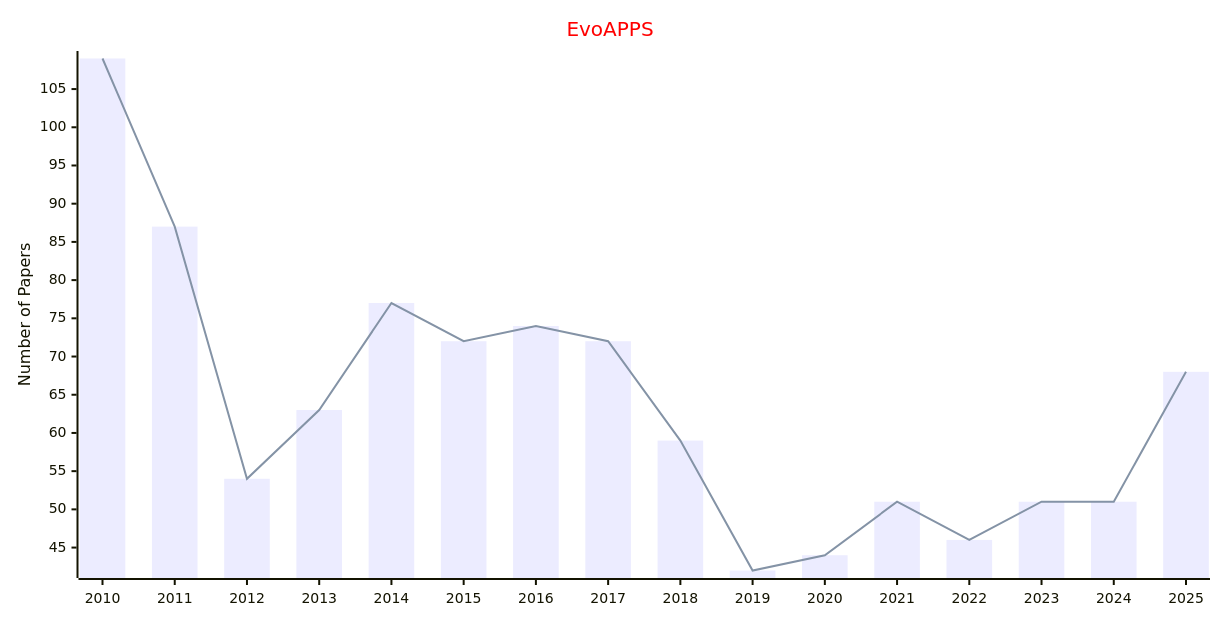
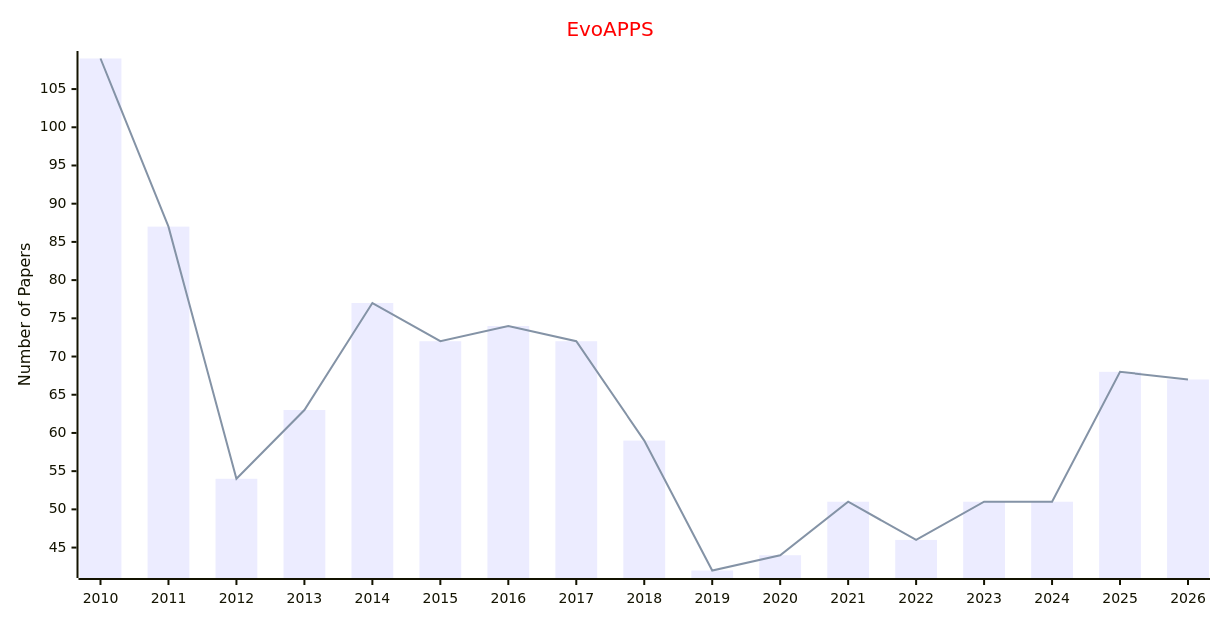
Before and after one commit to Easy-PhD/AILinks: the fourth of 9 diagrams in docs/data/Conferences/Publishers_Conferences/SPRINGER.md, drawn with Mermaid. The commit also changed other lines of this file and 15 other files, not shown here.

````diff
--- a/docs/data/Conferences/Publishers_Conferences/SPRINGER.md
+++ b/docs/data/Conferences/Publishers_Conferences/SPRINGER.md
@@ -91,17 +91,17 @@
 ```mermaid
 ---
 config:
     xyChart:
         width: 1200
         height: 600
     themeVariables:
         xyChart:
             titleColor: "#ff0000"
 ---
 xychart-beta
     title "EvoAPPS"
-    x-axis [2010, 2011, 2012, 2013, 2014, 2015, 2016, 2017, 2018, 2019, 2020, 2021, 2022, 2023, 2024, 2025]
+    x-axis [2010, 2011, 2012, 2013, 2014, 2015, 2016, 2017, 2018, 2019, 2020, 2021, 2022, 2023, 2024, 2025, 2026]
     y-axis "Number of Papers"
-    bar [109, 87, 54, 63, 77, 72, 74, 72, 59, 42, 44, 51, 46, 51, 51, 68]
-    line [109, 87, 54, 63, 77, 72, 74, 72, 59, 42, 44, 51, 46, 51, 51, 68]
+    bar [109, 87, 54, 63, 77, 72, 74, 72, 59, 42, 44, 51, 46, 51, 51, 68, 67]
+    line [109, 87, 54, 63, 77, 72, 74, 72, 59, 42, 44, 51, 46, 51, 51, 68, 67]
 ```
````
